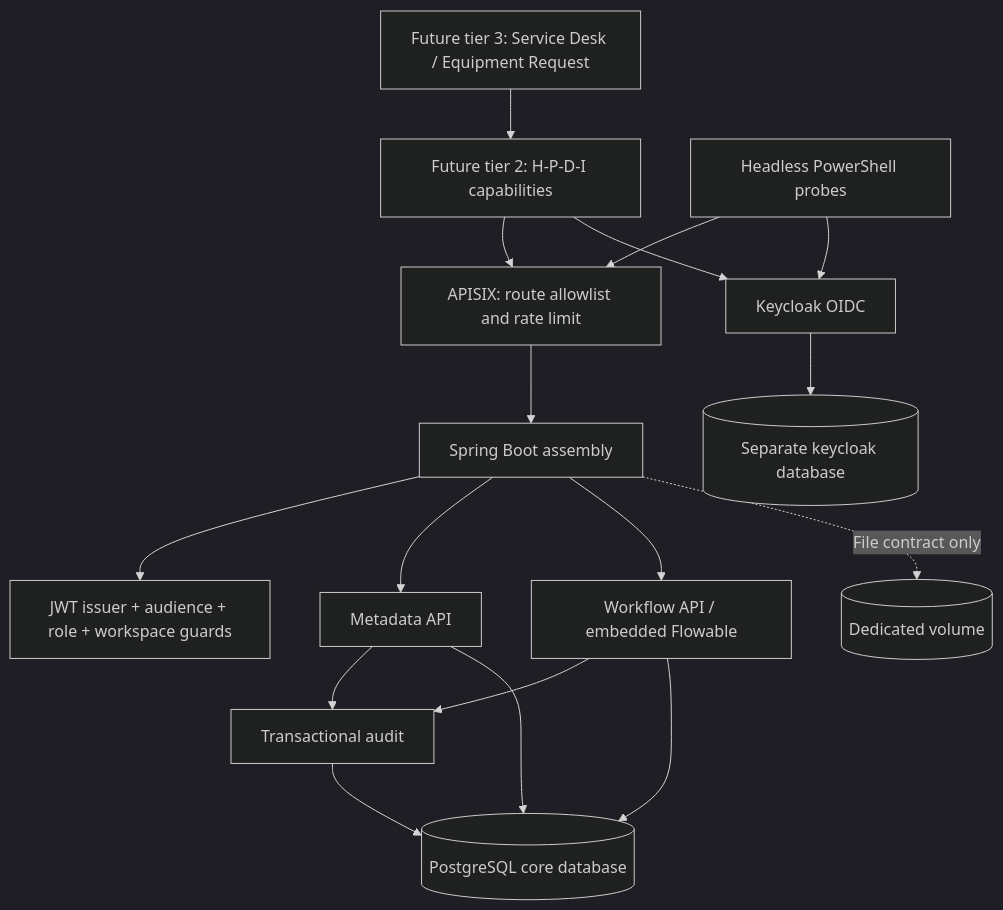
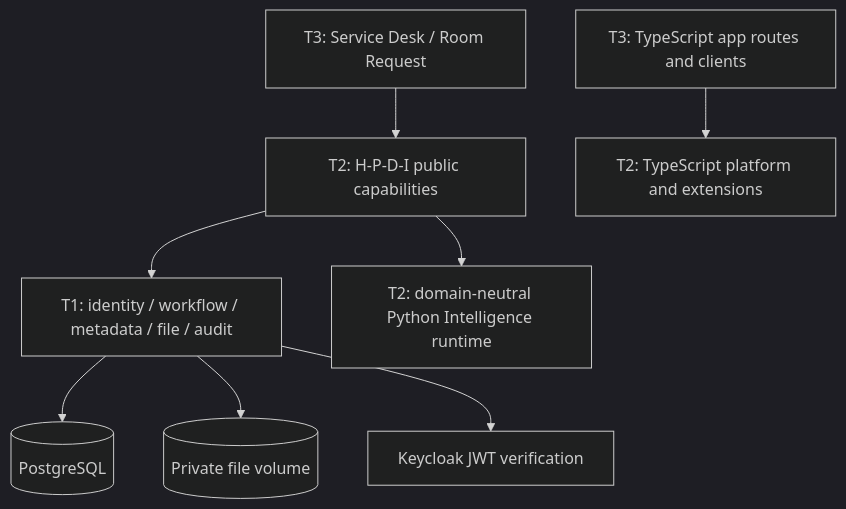
Before and after one commit to HaUI-DangSuyNghi/Smart-Service-Desk: the diagram in docs/core-architecture.md, drawn with Mermaid (dark theme). The commit also changed other lines of this file and 34 other files, not shown here.

Commit message:
chore(architecture): close boundary debt and verify integrated three-tier runtime

````diff
--- a/docs/core-architecture.md
+++ b/docs/core-architecture.md
@@ -8,19 +7,10 @@
 ```mermaid
 flowchart TD
-  App[Future tier 3: Service Desk / Equipment Request] --> HPDI[Future tier 2: H-P-D-I capabilities]
-  HPDI --> Gateway[APISIX: route allowlist and rate limit]
-  Probe[Headless PowerShell probes] --> Gateway
-  Probe --> IdP[Keycloak OIDC]
-  HPDI --> IdP
-  Gateway --> Core[Spring Boot assembly]
-  Core --> Identity[JWT issuer + audience + role + workspace guards]
-  Core --> Data[Metadata API]
-  Core --> Workflow[Workflow API / embedded Flowable]
-  Data --> Audit[Transactional audit]
-  Workflow --> Audit
-  Data --> DB[(PostgreSQL core database)]
-  Workflow --> DB
-  Audit --> DB
-  IdP --> IDB[(Separate keycloak database)]
-  Core -. File contract only .-> Files[(Dedicated volume)]
+  Apps["T3: Service Desk / Room Request"] --> HPDI["T2: H-P-D-I public capabilities"]
+  AppUI["T3: TypeScript app routes and clients"] --> PlatformUI["T2: TypeScript platform and extensions"]
+  HPDI --> Core["T1: identity / workflow / metadata / file / audit"]
+  HPDI --> AI["T2: domain-neutral Python Intelligence runtime"]
+  Core --> DB[(PostgreSQL)]
+  Core --> Files[(Private file volume)]
+  Core --> Identity[Keycloak JWT verification]
 ```
````
